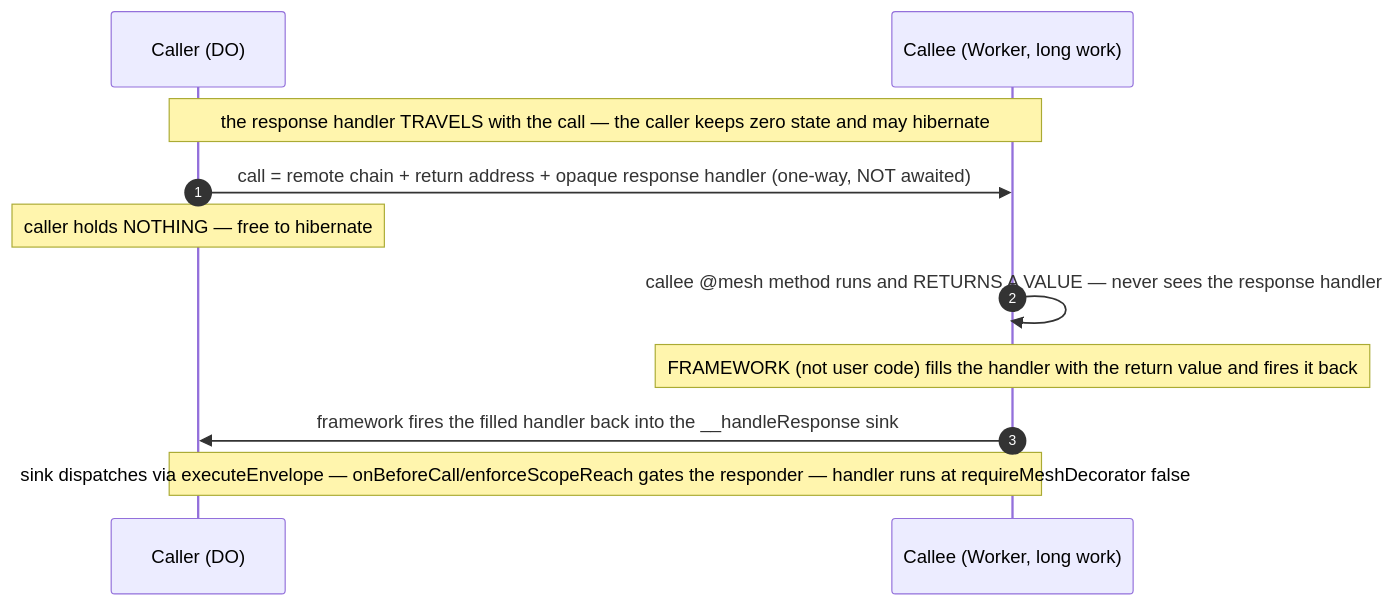
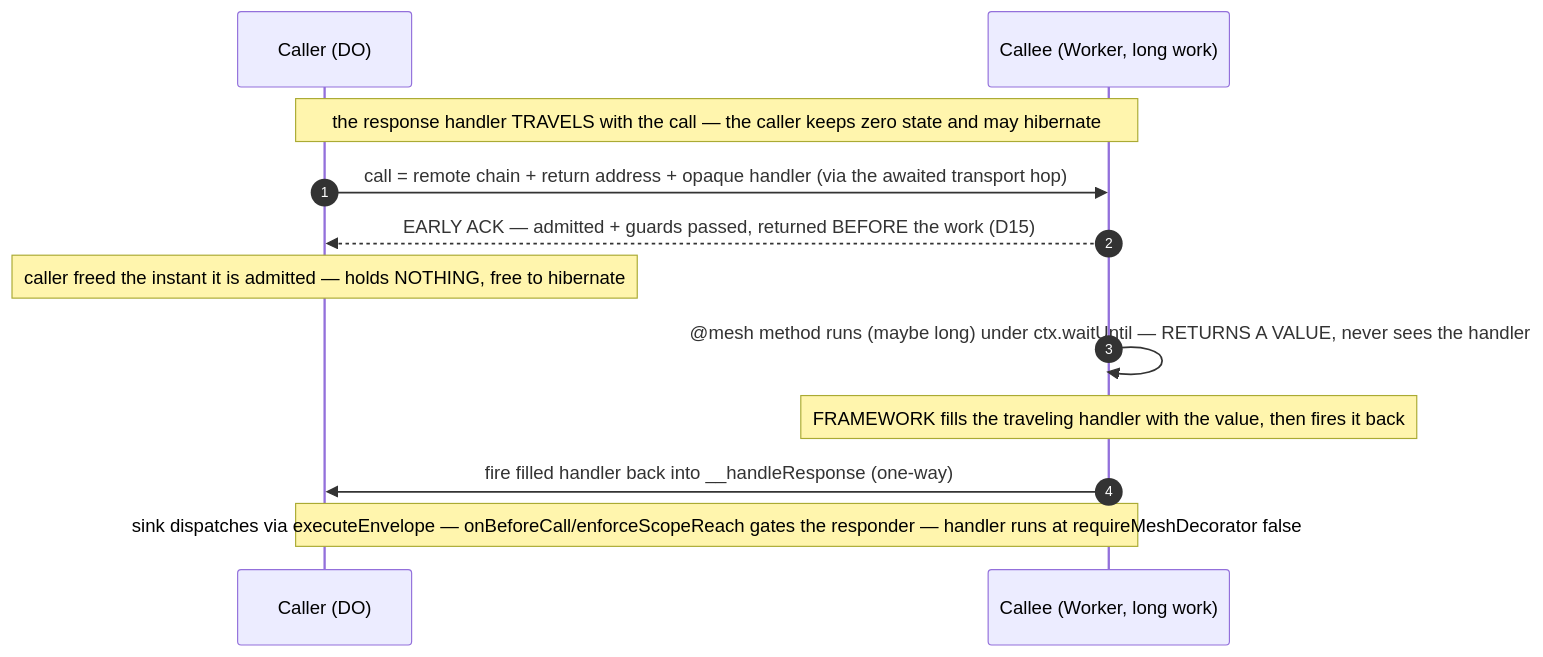
One commit to lumenize/lumenize changed the second of 6 diagrams in tasks/mesh-continuation-only-calls.md. Above: the diagram before and after it, drawn with Mermaid. The commit also changed other lines of this file and 2 other files, not shown here.

````diff
--- a/tasks/mesh-continuation-only-calls.md
+++ b/tasks/mesh-continuation-only-calls.md
@@ -92,13 +99,14 @@
 ```mermaid
 sequenceDiagram
     autonumber
     participant D as Caller (DO)
     participant W as Callee (Worker, long work)
     Note over D,W: the response handler TRAVELS with the call — the caller keeps zero state and may hibernate
-    D->>W: call = remote chain + return address + opaque response handler (one-way, NOT awaited)
-    Note over D: caller holds NOTHING — free to hibernate
-    W->>W: callee @mesh method runs and RETURNS A VALUE — never sees the response handler
-    Note over W: FRAMEWORK (not user code) fills the handler with the return value and fires it back
-    W->>D: framework fires the filled handler back into the __handleResponse sink
+    D->>W: call = remote chain + return address + opaque handler (via the awaited transport hop)
+    W-->>D: EARLY ACK — admitted + guards passed, returned BEFORE the work (D15)
+    Note over D: caller freed the instant it is admitted — holds NOTHING, free to hibernate
+    W->>W: @mesh method runs (maybe long) under ctx.waitUntil — RETURNS A VALUE, never sees the handler
+    Note over W: FRAMEWORK fills the traveling handler with the value, then fires it back
+    W->>D: fire filled handler back into __handleResponse (one-way)
     Note over D,W: sink dispatches via executeEnvelope — onBeforeCall/enforceScopeReach gates the responder — handler runs at requireMeshDecorator false
 ```
````
